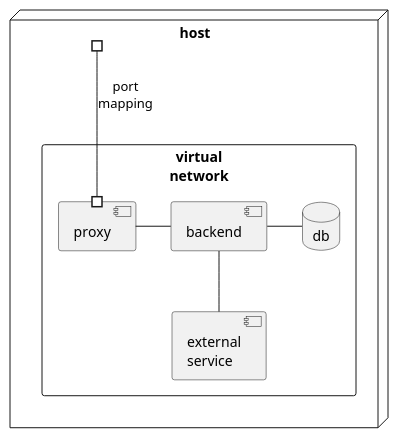
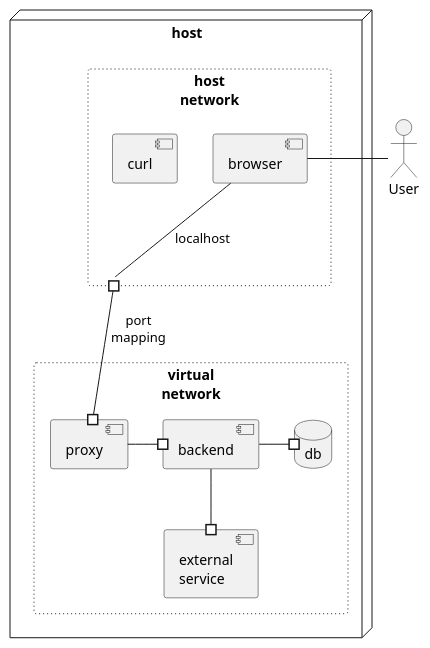
Before and after one commit to eugene-krivosheyev/docker: the third of 3 diagrams in README.md, drawn with PlantUML. The commit also changed other lines of this file and 3 other files, not shown here.

````diff
--- a/README.md
+++ b/README.md
@@ -659,17 +785,28 @@
 ```puml
 @startuml
+actor User
+
 node host {
-    rectangle "virtual\nnetwork" {
+    rectangle "host\nnetwork" as host_net #line.dotted {
+        [curl]
+        [browser]
+    }
+
+    rectangle "virtual\nnetwork" as virt_net #line.dotted {
         component "proxy"    
         component "backend"
         component "external\nservice" as stub
         database "db"
     }
   
-  host #--# proxy : "port\nmapping"
-  proxy - backend
-  backend -- stub
-  backend - db
+  
+    proxy -# backend
+    backend --# stub
+    backend -# db
+    host_net #--# proxy : "port\nmapping"
+    browser -- host_net : "localhost"
 }
+
+User - browser
 @enduml
 ```
````
